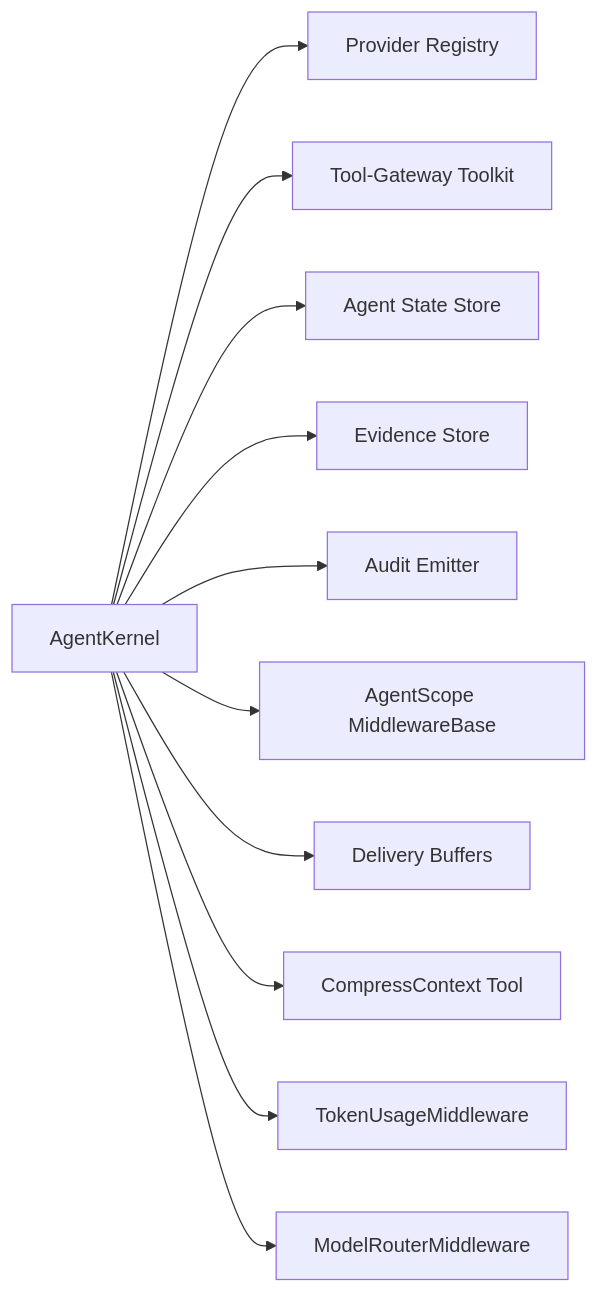
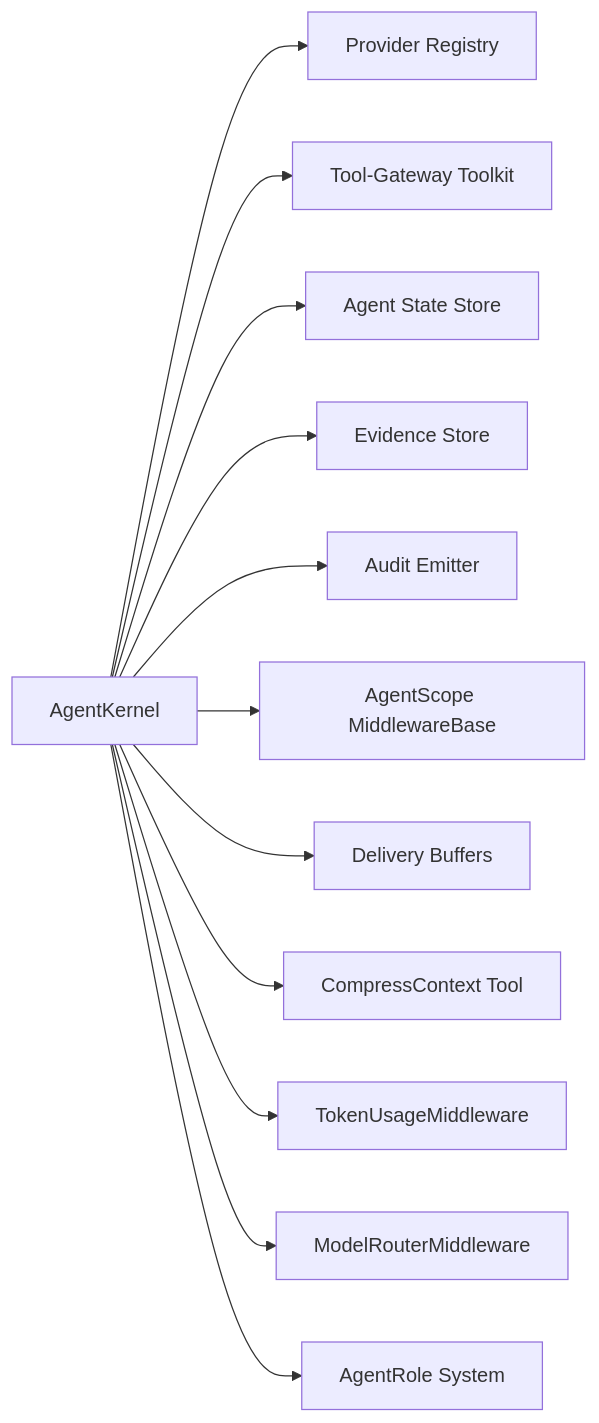
Diagram 14 of 14 in .qoder/repowiki/en/content/Core Services/Agent Platform/Runtime Kernel and Middleware.md (metasync/luban-aiops), drawn with Mermaid before and after one commit. The commit also changed other lines of this file and 22 other files, not shown here.

````diff
--- a/.qoder/repowiki/en/content/Core Services/Agent Platform/Runtime Kernel and Middleware.md
+++ b/.qoder/repowiki/en/content/Core Services/Agent Platform/Runtime Kernel and Middleware.md
@@ -602,13 +720,14 @@
 ```mermaid
 graph LR
 Kernel["AgentKernel"] --> Provider["Provider Registry"]
 Kernel --> Toolkit["Tool-Gateway Toolkit"]
 Kernel --> StateStore["Agent State Store"]
 Kernel --> EvidenceStore["Evidence Store"]
 Kernel --> Audit["Audit Emitter"]
 Kernel --> Middleware["AgentScope MiddlewareBase"]
 Kernel --> DeliveryBuffers["Delivery Buffers"]
 Kernel --> CompressContext["CompressContext Tool"]
 Kernel --> TokenTracking["TokenUsageMiddleware"]
 Kernel --> ModelRouter["ModelRouterMiddleware"]
+Kernel --> AgentRole["AgentRole System"]
 ```
````
